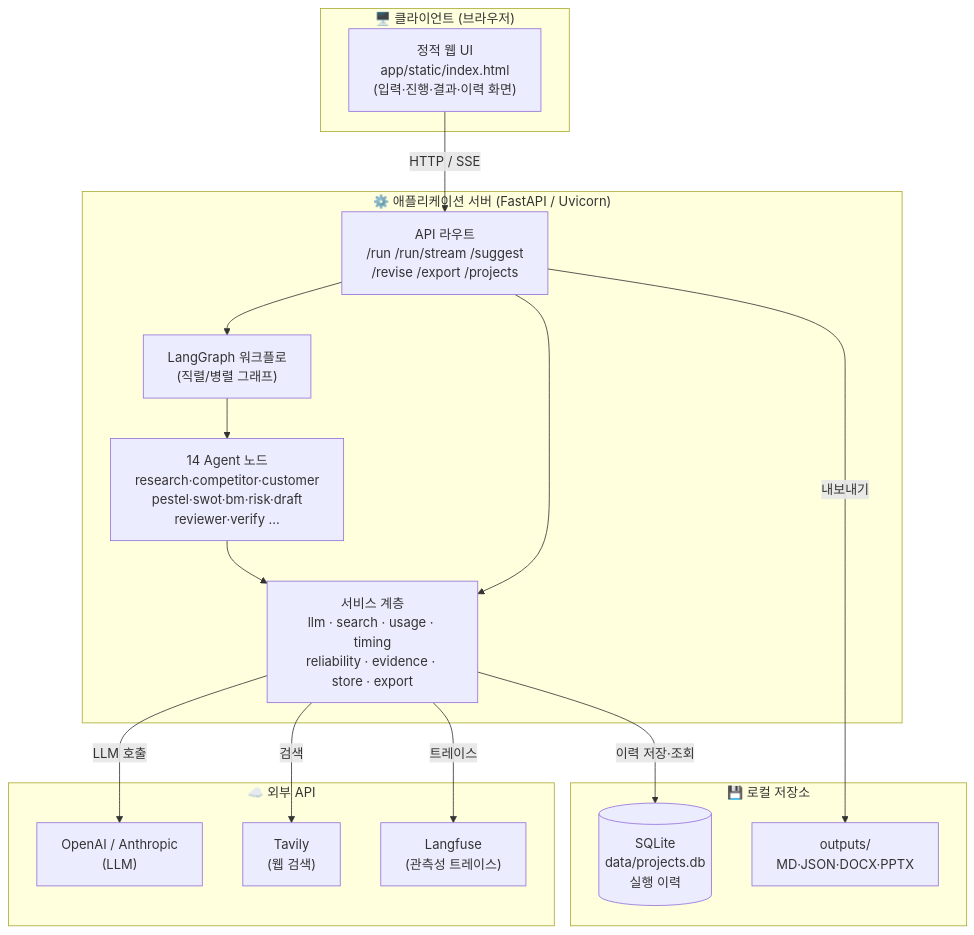
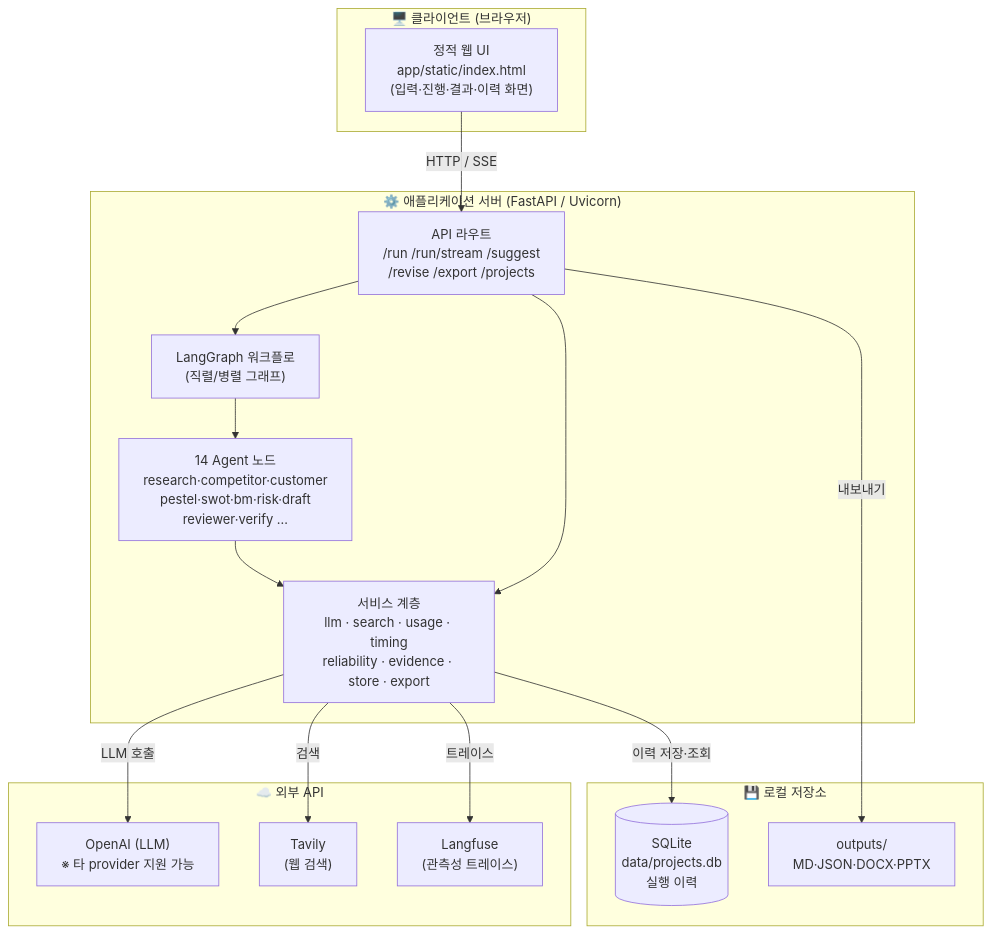
Before and after one commit to woojinwoojin/AI-Service-Planning-Multi-Agent: the first of 2 diagrams in report1/05_배치다이어그램.md, drawn with Mermaid. The commit also changed 3 other files, not shown here.

````diff
--- a/report1/05_배치다이어그램.md
+++ b/report1/05_배치다이어그램.md
@@ -11,34 +11,34 @@
 ```mermaid
 flowchart TB
     subgraph Client["🖥️ 클라이언트 (브라우저)"]
         UI["정적 웹 UI<br/>app/static/index.html<br/>(입력·진행·결과·이력 화면)"]
     end
 
     subgraph Server["⚙️ 애플리케이션 서버 (FastAPI / Uvicorn)"]
         API["API 라우트<br/>/run /run/stream /suggest<br/>/revise /export /projects"]
         WF["LangGraph 워크플로<br/>(직렬/병렬 그래프)"]
         SVC["서비스 계층<br/>llm · search · usage · timing<br/>reliability · evidence · store · export"]
         AG["14 Agent 노드<br/>research·competitor·customer<br/>pestel·swot·bm·risk·draft<br/>reviewer·verify …"]
     end
 
     subgraph External["☁️ 외부 API"]
-        OAI["OpenAI / Anthropic<br/>(LLM)"]
+        OAI["OpenAI (LLM)<br/>※ 타 provider 지원 가능"]
         TAV["Tavily<br/>(웹 검색)"]
         LF["Langfuse<br/>(관측성 트레이스)"]
     end
 
     subgraph Storage["💾 로컬 저장소"]
         SQL[("SQLite<br/>data/projects.db<br/>실행 이력")]
         OUT["outputs/<br/>MD·JSON·DOCX·PPTX"]
     end
 
     UI -->|HTTP / SSE| API
     API --> WF --> AG
     API --> SVC
     AG --> SVC
     SVC -->|LLM 호출| OAI
     SVC -->|검색| TAV
     SVC -->|트레이스| LF
     SVC -->|이력 저장·조회| SQL
     API -->|내보내기| OUT
 ```
````
